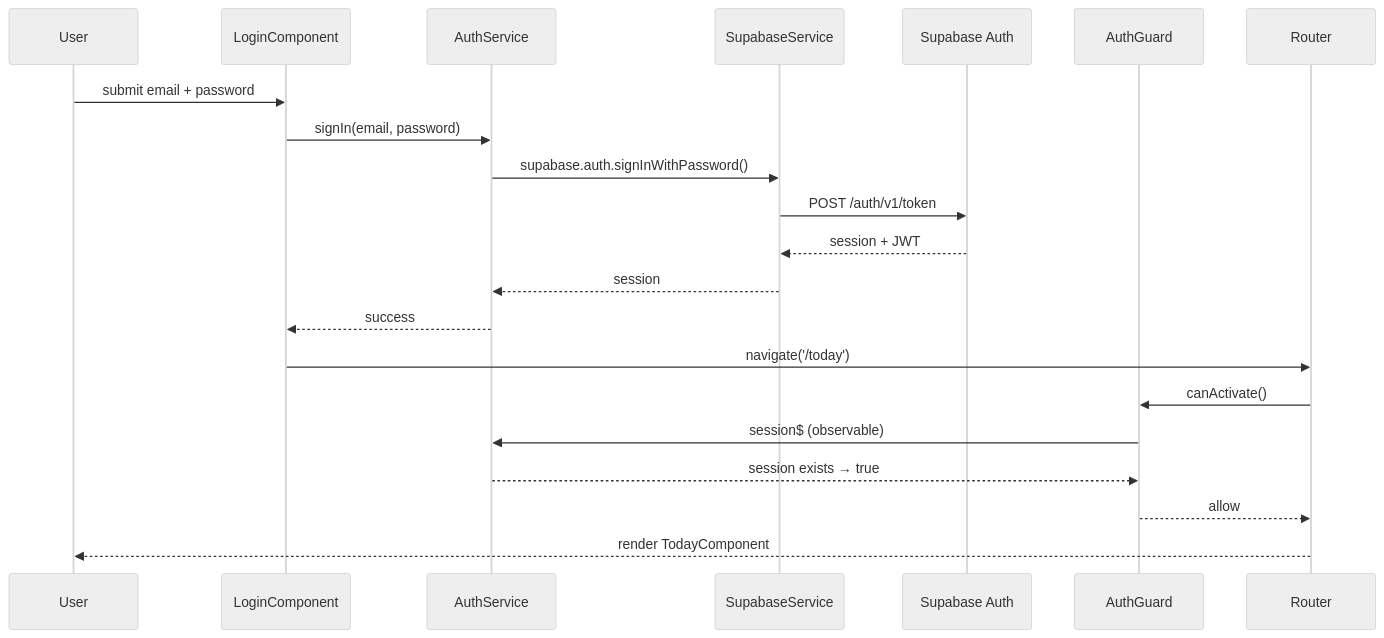
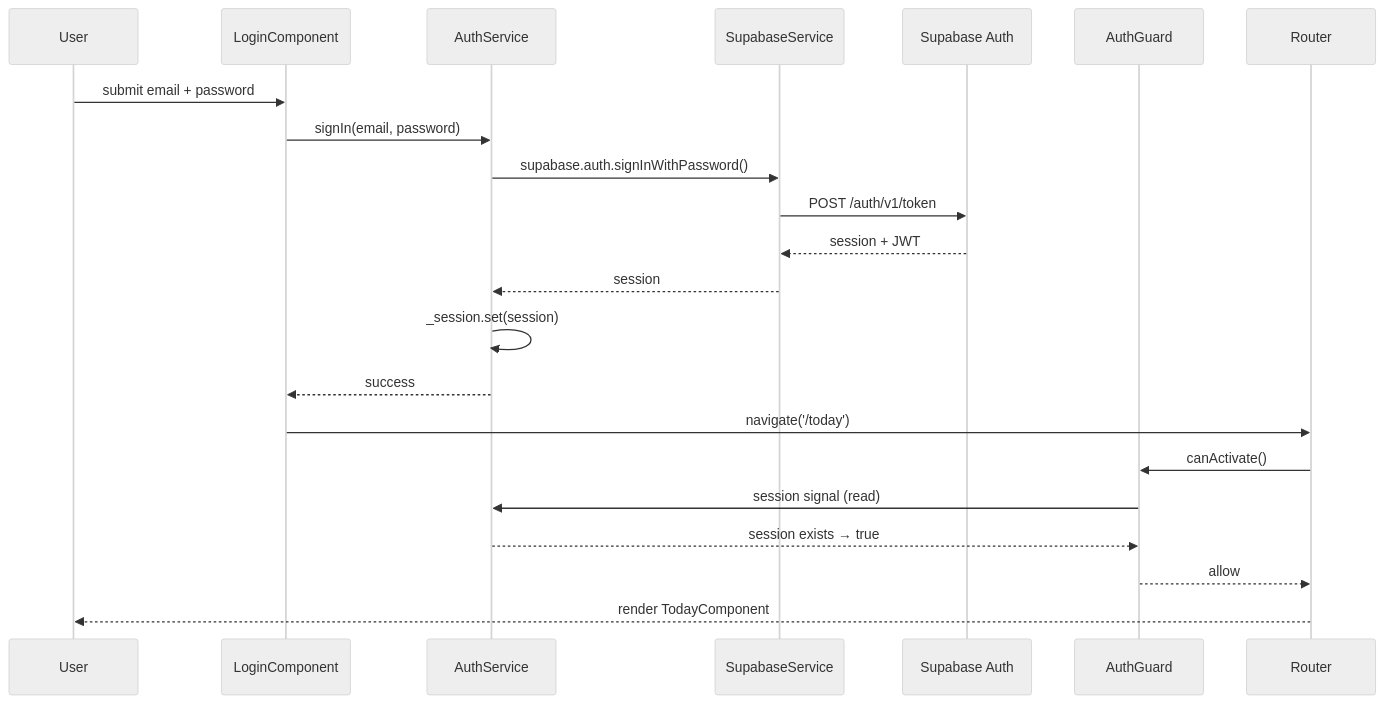
The second of 3 diagrams in dependency-diagram.md (northk/daily-reflection-app), drawn with Mermaid (neutral theme) before and after one commit. The commit also changed other lines of this file and 2 other files, not shown here.

````diff
--- a/dependency-diagram.md
+++ b/dependency-diagram.md
@@ -95,24 +110,25 @@
 ```mermaid
 sequenceDiagram
   participant User
   participant LC as LoginComponent
   participant AS as AuthService
   participant SS as SupabaseService
   participant SA as Supabase Auth
   participant AG as AuthGuard
   participant Router
 
   User->>LC: submit email + password
   LC->>AS: signIn(email, password)
   AS->>SS: supabase.auth.signInWithPassword()
   SS->>SA: POST /auth/v1/token
   SA-->>SS: session + JWT
   SS-->>AS: session
+  AS->>AS: _session.set(session)
   AS-->>LC: success
   LC->>Router: navigate('/today')
   Router->>AG: canActivate()
-  AG->>AS: session$ (observable)
+  AG->>AS: session signal (read)
   AS-->>AG: session exists → true
   AG-->>Router: allow
   Router-->>User: render TodayComponent
 ```
````
